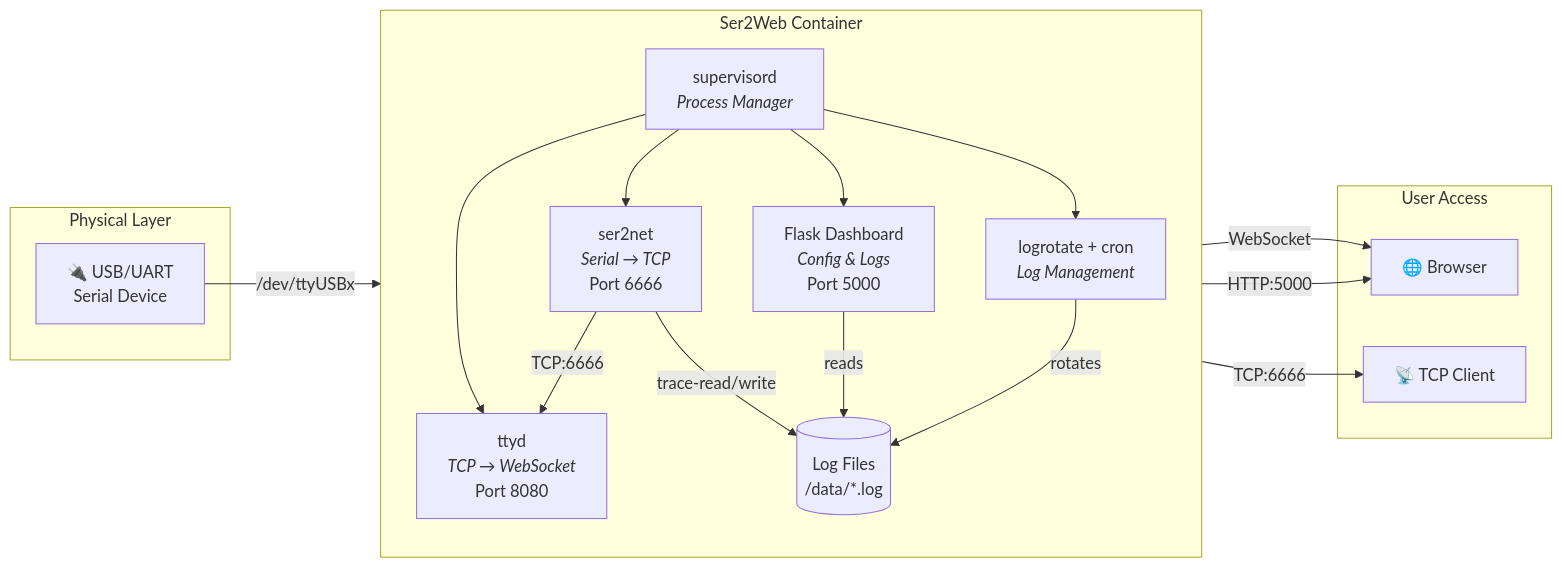
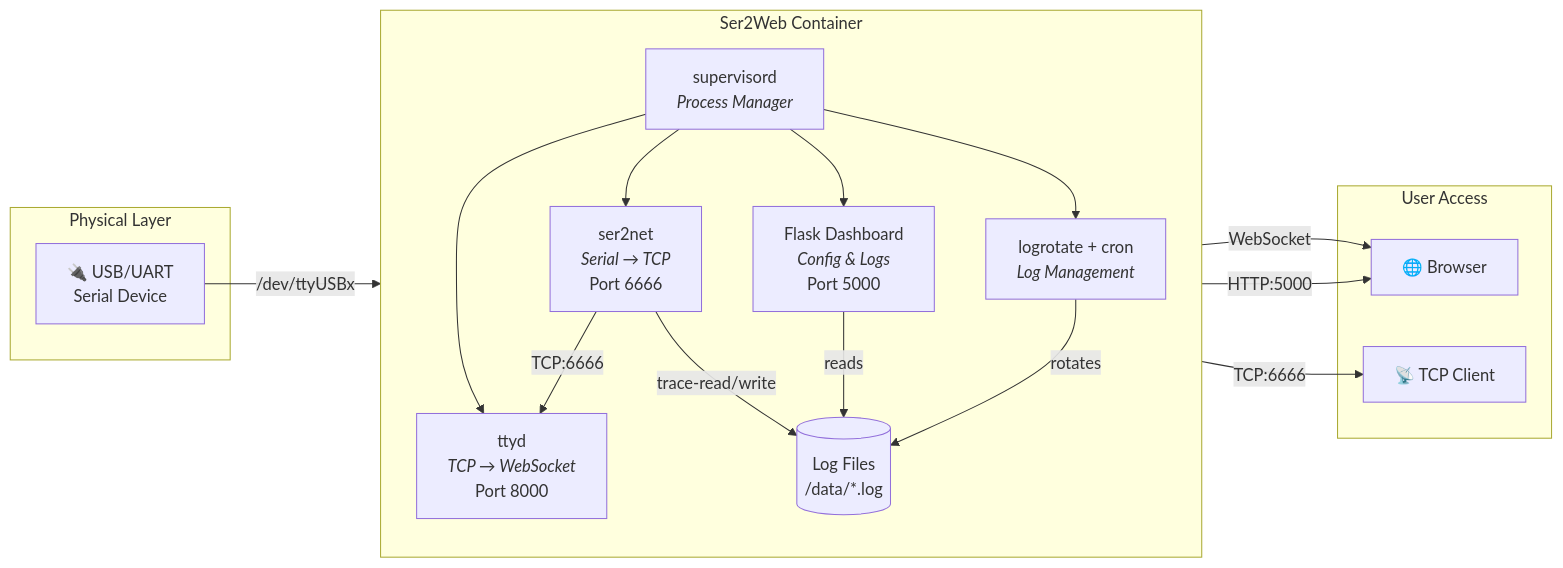
One commit to lorenzo-deluca/term-2-web changed the diagram in README.md. Above: the diagram before and after it, drawn with Mermaid. The commit also changed other lines of this file and 3 other files, not shown here.

Commit message:
chore: Standardize ttyd web terminal port to 8000 across configurations, frontend, and documentation.

````diff
--- a/README.md
+++ b/README.md
@@ -31,37 +31,37 @@
 ```mermaid
 graph LR
     subgraph "Physical Layer"
         DEV["🔌 USB/UART<br>Serial Device"]
     end
 
     subgraph "Ser2Web Container"
         direction TB
 
         SER2NET["ser2net<br><i>Serial → TCP</i><br>Port 6666"]
-        TTYD["ttyd<br><i>TCP → WebSocket</i><br>Port 8080"]
+        TTYD["ttyd<br><i>TCP → WebSocket</i><br>Port 8000"]
         FLASK["Flask Dashboard<br><i>Config & Logs</i><br>Port 5000"]
         SUPERVISOR["supervisord<br><i>Process Manager</i>"]
         LOGROTATE["logrotate + cron<br><i>Log Management</i>"]
         LOGS[("Log Files<br>/data/*.log")]
 
         SUPERVISOR --> SER2NET
         SUPERVISOR --> TTYD
         SUPERVISOR --> FLASK
         SUPERVISOR --> LOGROTATE
 
         SER2NET -->|"trace-read/write"| LOGS
         FLASK -->|"reads"| LOGS
         LOGROTATE -->|"rotates"| LOGS
     end
 
     subgraph "User Access"
         BROWSER["🌐 Browser"]
         TCP_CLIENT["📡 TCP Client"]
     end
 
     DEV -->|"/dev/ttyUSBx"| SER2NET
     SER2NET -->|"TCP:6666"| TTYD
     SER2NET -->|"TCP:6666"| TCP_CLIENT
     TTYD -->|"WebSocket"| BROWSER
     FLASK -->|"HTTP:5000"| BROWSER
 ```
````
